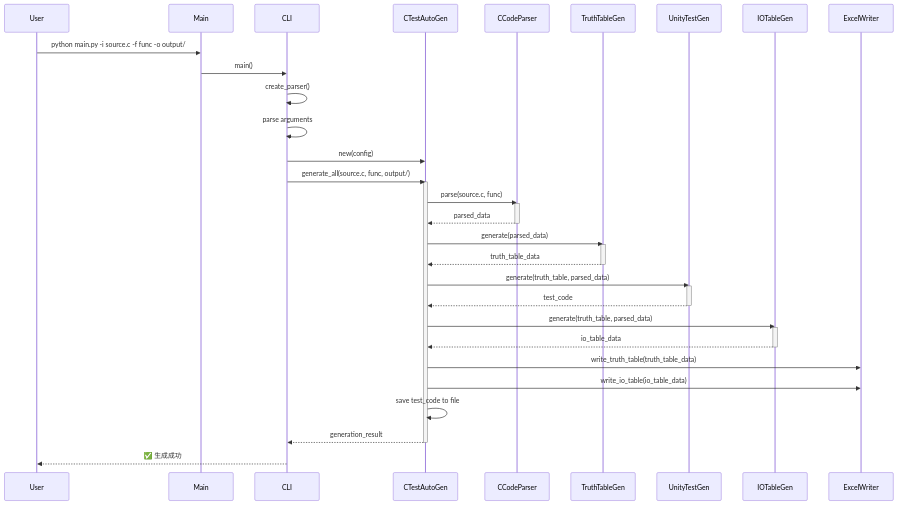
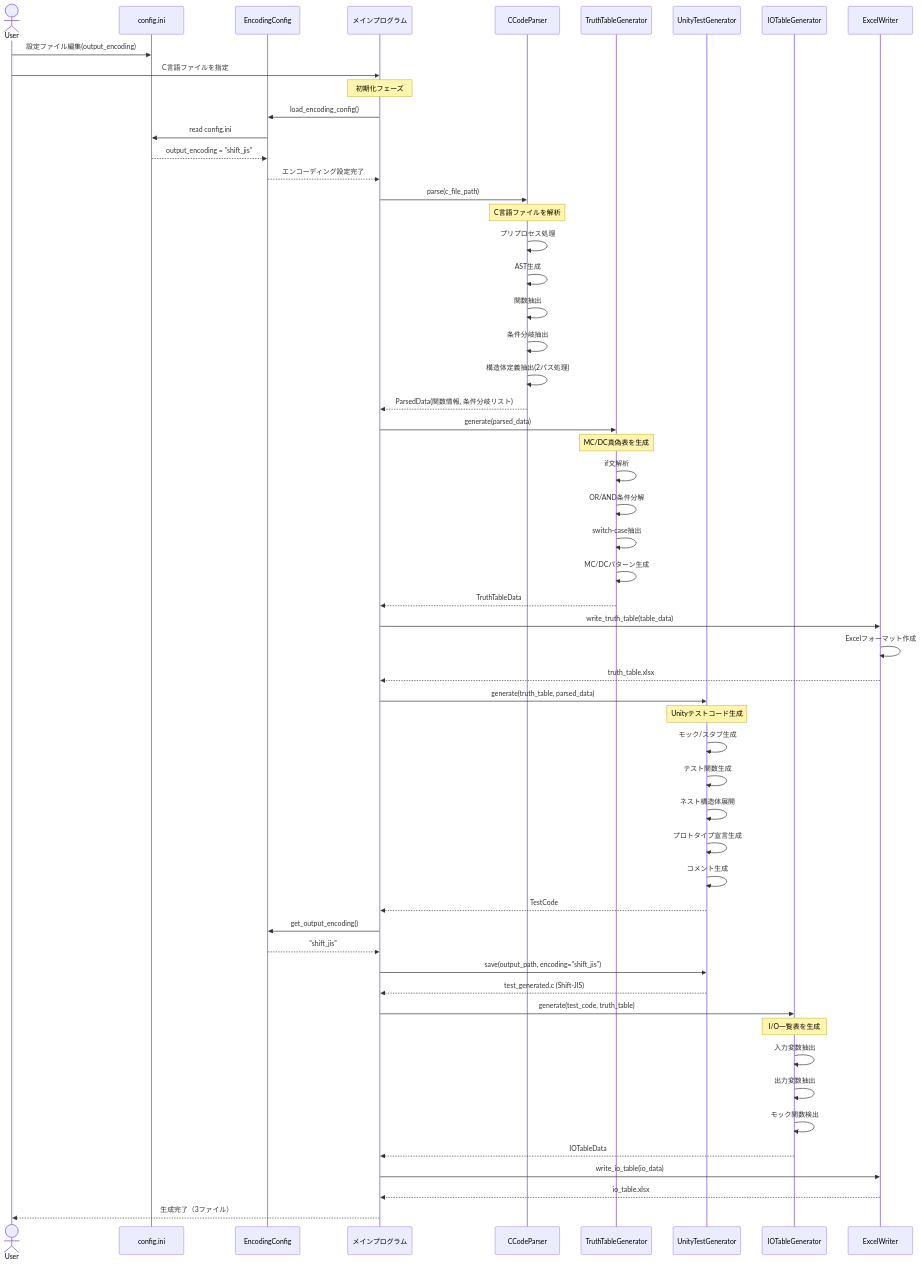
Before and after one commit to ryu5791/AutoUniTestGen: the first of 7 diagrams in doc/design_sequence_diagram.md, drawn with Mermaid. The commit also changed other lines of this file and 1 other file, not shown here.

Commit message:
シーケンス、クラス図更新

````diff
--- a/doc/design_sequence_diagram.md
+++ b/doc/design_sequence_diagram.md
@@ -27,51 +5,69 @@
 ```mermaid
 sequenceDiagram
-    participant User
-    participant Main
-    participant CLI
-    participant CTestAutoGen
-    participant CCodeParser
-    participant TruthTableGen
-    participant UnityTestGen
-    participant IOTableGen
-    participant ExcelWriter
+    actor User
+    participant Config as config.ini
+    participant EncConfig as EncodingConfig
+    participant Main as メインプログラム
+    participant Parser as CCodeParser
+    participant TruthTable as TruthTableGenerator
+    participant TestGen as UnityTestGenerator
+    participant IOTable as IOTableGenerator
+    participant Excel as ExcelWriter
+
+    User->>Config: 設定ファイル編集(output_encoding)
+    User->>Main: C言語ファイルを指定
     
-    User->>Main: python main.py -i source.c -f func -o output/
-    Main->>CLI: main()
+    Note over Main: 初期化フェーズ
+    Main->>EncConfig: load_encoding_config()
+    EncConfig->>Config: read config.ini
+    Config-->>EncConfig: output_encoding = "shift_jis"
+    EncConfig-->>Main: エンコーディング設定完了
     
-    CLI->>CLI: create_parser()
-    CLI->>CLI: parse arguments
-    CLI->>CTestAutoGen: new(config)
+    Main->>Parser: parse(c_file_path)
     
-    CLI->>CTestAutoGen: generate_all(source.c, func, output/)
-    activate CTestAutoGen
+    Note over Parser: C言語ファイルを解析
+    Parser->>Parser: プリプロセス処理
+    Parser->>Parser: AST生成
+    Parser->>Parser: 関数抽出
+    Parser->>Parser: 条件分岐抽出
+    Parser->>Parser: 構造体定義抽出(2パス処理)
+    Parser-->>Main: ParsedData(関数情報, 条件分岐リスト)
     
-    CTestAutoGen->>CCodeParser: parse(source.c, func)
-    activate CCodeParser
-    CCodeParser-->>CTestAutoGen: parsed_data
-    deactivate CCodeParser
+    Main->>TruthTable: generate(parsed_data)
+    Note over TruthTable: MC/DC真偽表を生成
+    TruthTable->>TruthTable: if文解析
+    TruthTable->>TruthTable: OR/AND条件分解
+    TruthTable->>TruthTable: switch-case抽出
+    TruthTable->>TruthTable: MC/DCパターン生成
+    TruthTable-->>Main: TruthTableData
     
-    CTestAutoGen->>TruthTableGen: generate(parsed_data)
-    activate TruthTableGen
-    TruthTableGen-->>CTestAutoGen: truth_table_data
-    deactivate TruthTableGen
+    Main->>Excel: write_truth_table(table_data)
+    Excel->>Excel: Excelフォーマット作成
+    Excel-->>Main: truth_table.xlsx
     
-    CTestAutoGen->>UnityTestGen: generate(truth_table, parsed_data)
-    activate UnityTestGen
-    UnityTestGen-->>CTestAutoGen: test_code
-    deactivate UnityTestGen
+    Main->>TestGen: generate(truth_table, parsed_data)
+    Note over TestGen: Unityテストコード生成
+    TestGen->>TestGen: モック/スタブ生成
+    TestGen->>TestGen: テスト関数生成
+    TestGen->>TestGen: ネスト構造体展開
+    TestGen->>TestGen: プロトタイプ宣言生成
+    TestGen->>TestGen: コメント生成
+    TestGen-->>Main: TestCode
     
-    CTestAutoGen->>IOTableGen: generate(truth_table, parsed_data)
-    activate IOTableGen
-    IOTableGen-->>CTestAutoGen: io_table_data
-    deactivate IOTableGen
+    Main->>EncConfig: get_output_encoding()
+    EncConfig-->>Main: "shift_jis"
+    Main->>TestGen: save(output_path, encoding="shift_jis")
+    TestGen-->>Main: test_generated.c (Shift-JIS)
     
-    CTestAutoGen->>ExcelWriter: write_truth_table(truth_table_data)
-    CTestAutoGen->>ExcelWriter: write_io_table(io_table_data)
-    CTestAutoGen->>CTestAutoGen: save test_code to file
+    Main->>IOTable: generate(test_code, truth_table)
+    Note over IOTable: I/O一覧表を生成
+    IOTable->>IOTable: 入力変数抽出
+    IOTable->>IOTable: 出力変数抽出
+    IOTable->>IOTable: モック関数検出
+    IOTable-->>Main: IOTableData
     
-    CTestAutoGen-->>CLI: generation_result
-    deactivate CTestAutoGen
+    Main->>Excel: write_io_table(io_data)
+    Excel-->>Main: io_table.xlsx
     
-    CLI-->>User: ✅ 生成成功
+    Main-->>User: 生成完了（3ファイル）
 ```
````
